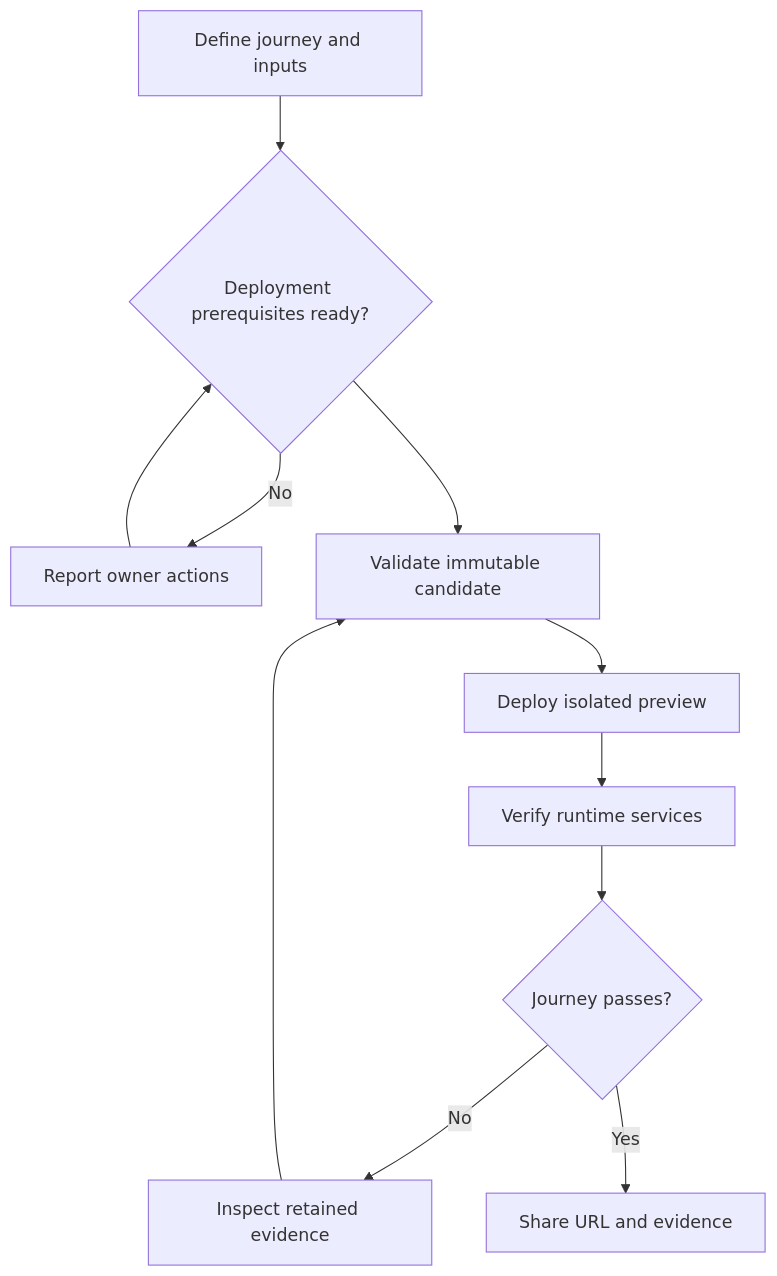
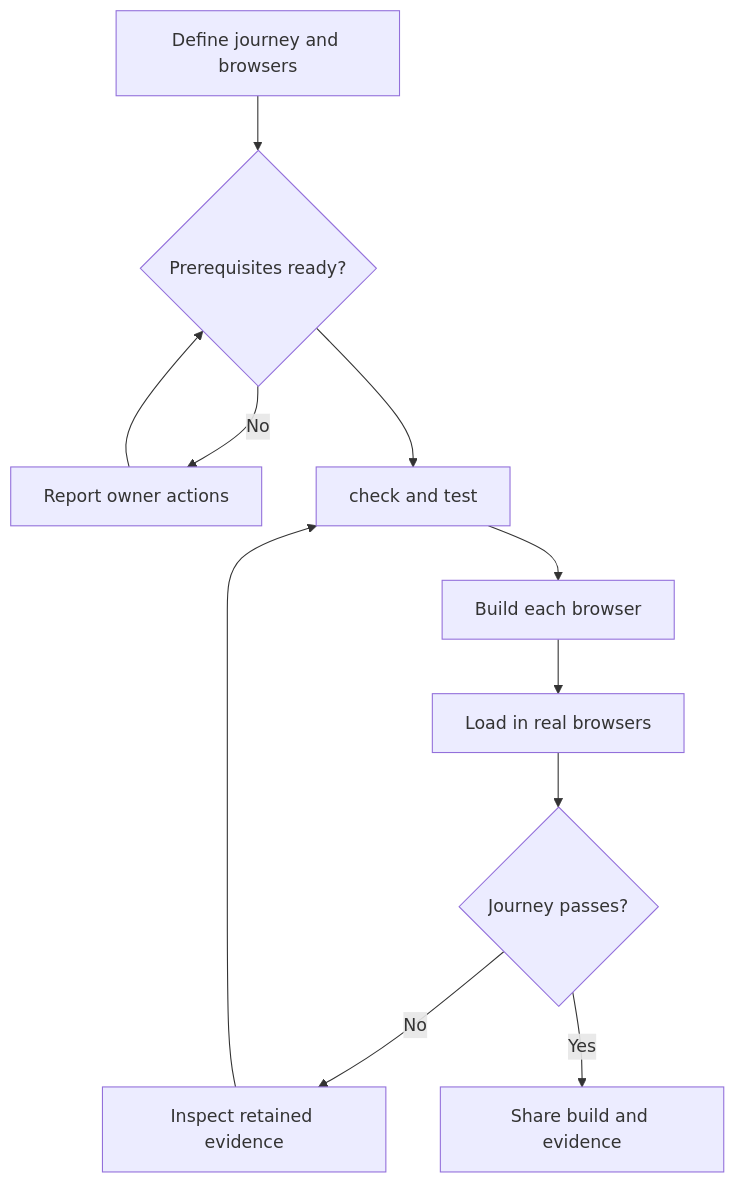
One commit to Kaiju-Ind/DeepScope changed the diagram in docs/kaiju/handbook/05-make-the-preview-path-short-and-complete.md. Above: the diagram before and after it, drawn with Mermaid. The commit also changed other lines of this file and 131 other files, not shown here.

````diff
--- a/docs/kaiju/handbook/05-make-the-preview-path-short-and-complete.md
+++ b/docs/kaiju/handbook/05-make-the-preview-path-short-and-complete.md
@@ -5,13 +3,13 @@
 ```mermaid
 flowchart TD
-  Intake["Define journey and inputs"] --> Ready{"Deployment prerequisites ready?"}
+  Intake["Define journey and browsers"] --> Ready{"Prerequisites ready?"}
   Ready -->|No| Action["Report owner actions"]
   Action --> Ready
-  Ready --> Candidate["Validate immutable candidate"]
-  Candidate --> Deploy["Deploy isolated preview"]
-  Deploy --> Verify["Verify runtime services"]
-  Verify --> Journey{"Journey passes?"}
+  Ready --> Checks["check and test"]
+  Checks --> Build["Build each browser"]
+  Build --> Load["Load in real browsers"]
+  Load --> Journey{"Journey passes?"}
   Journey -->|No| Diagnose["Inspect retained evidence"]
-  Diagnose --> Candidate
-  Journey -->|Yes| Review["Share URL and evidence"]
+  Diagnose --> Checks
+  Journey -->|Yes| Review["Share build and evidence"]
 ```
````
